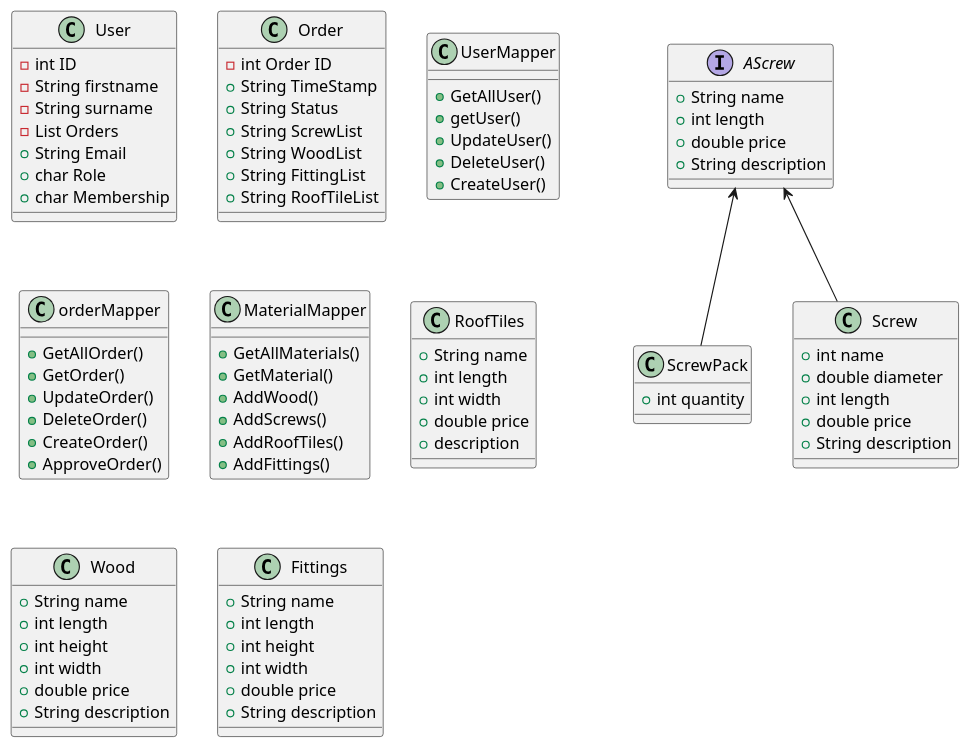
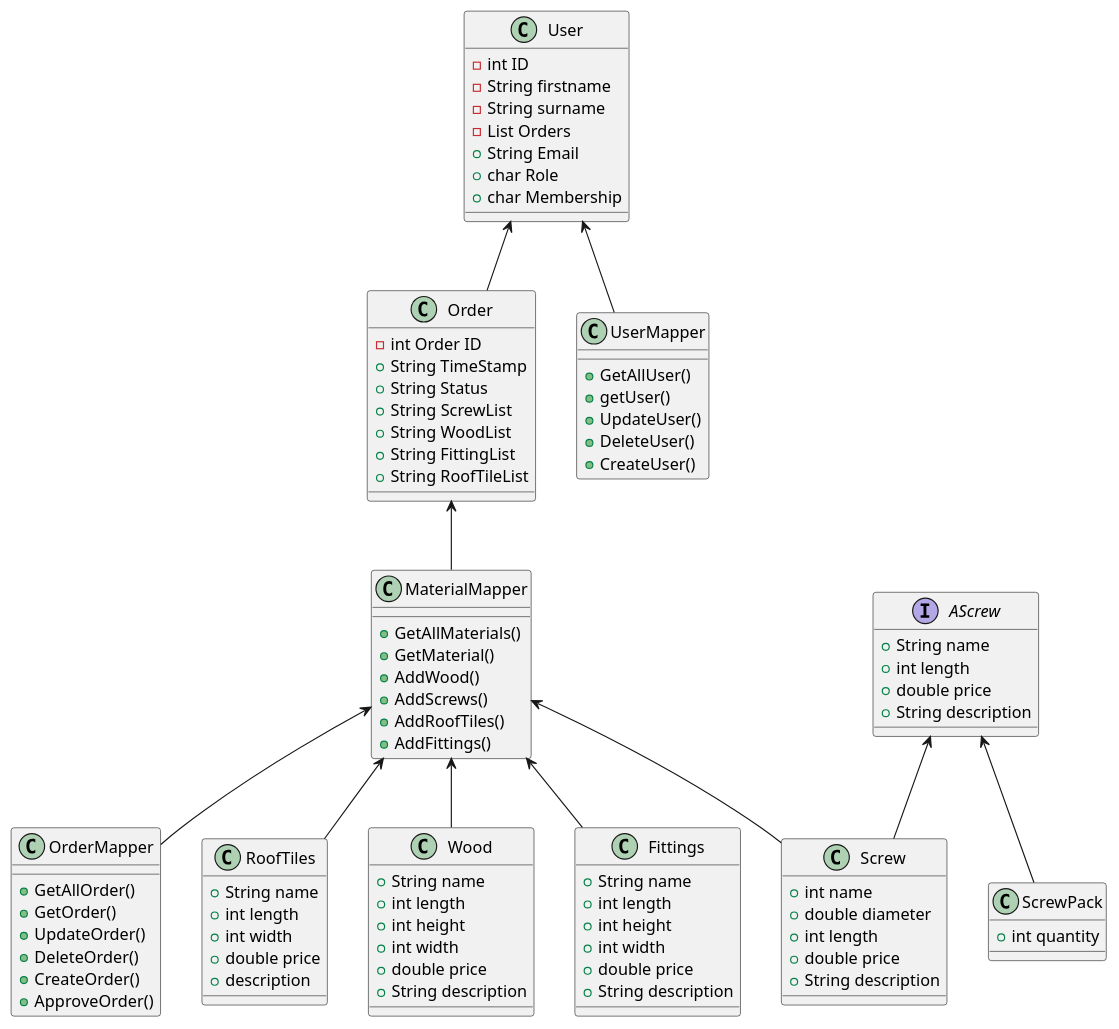
The diagram in documentation/ClassDiagram.puml (HeinLarsen/fog-carport), drawn with PlantUML before and after one commit.

Commit message:
Update ClassDiagram.puml
domainemodel done???

```diff
--- a/documentation/ClassDiagram.puml
+++ b/documentation/ClassDiagram.puml
@@ -1,109 +1,115 @@
 @startuml
 'https://plantuml.com/class-diagram
 
 class User {
 -int ID
 -String firstname
 -String surname
 -List Orders
 +String Email
 +char Role
 +char Membership
 }
 
 class Order {
 -int Order ID
 +String TimeStamp
 +String Status
 +String ScrewList
 +String WoodList
 +String FittingList
 +String RoofTileList
 }
 
 class UserMapper{
 +GetAllUser()
 +getUser()
 +UpdateUser()
 +DeleteUser()
 +CreateUser()
 }
 
 
-class orderMapper{
+class OrderMapper{
 +GetAllOrder()
 +GetOrder()
 +UpdateOrder()
 +DeleteOrder()
 +CreateOrder()
 +ApproveOrder()
 }
 
 class MaterialMapper{
 +GetAllMaterials()
 +GetMaterial()
 +AddWood()
 +AddScrews()
 +AddRoofTiles()
 +AddFittings()
 
 }
 
 class RoofTiles{
 +String name
 +int length
 +int width
 +double price
 +description
 }
 
 class Wood{
 +String name
 +int length
 +int height
 +int width
 +double price
 +String description
 }
 
 class Fittings{
 +String name
 +int length
 +int height
 +int width
 +double price
 +String description
 
 }
 
 interface AScrew{
 +String name
 +int length
 +double price
 +String description
 
 }
 
 class ScrewPack{
 +int quantity
 }
 
 class Screw{
 +int name
 +double diameter
 +int length
 +double price
 +String description
 }
 
 
+User <-- Order
+MaterialMapper <-- Wood
+MaterialMapper <-- Screw
+MaterialMapper <-- Fittings
+MaterialMapper <-- RoofTiles
 
-
-
+User <-- UserMapper
+Order <-- MaterialMapper
+MaterialMapper <--OrderMapper
 
 
 
 AScrew <-- ScrewPack
 AScrew <-- Screw
 
 @enduml
```
